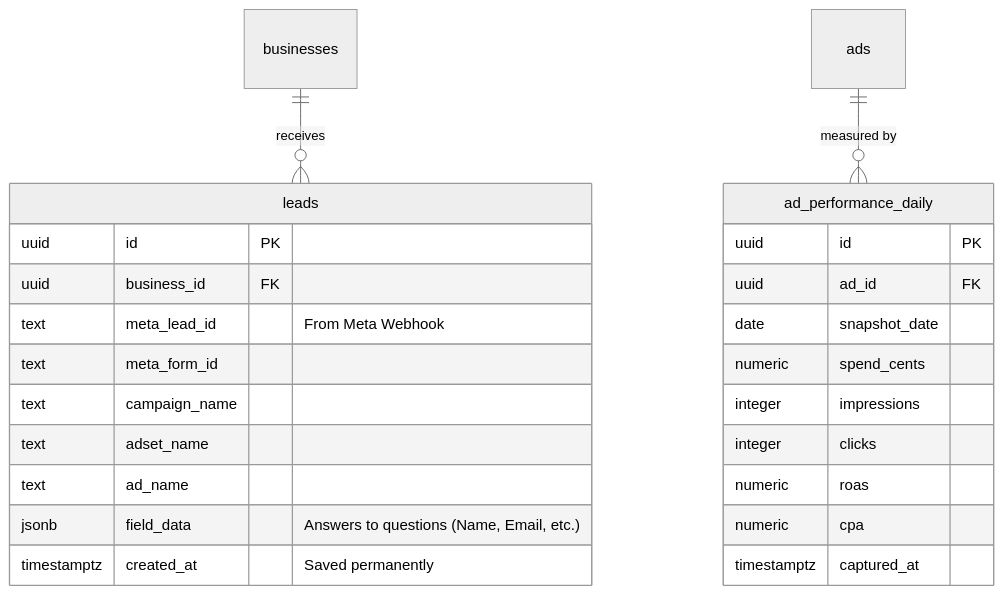
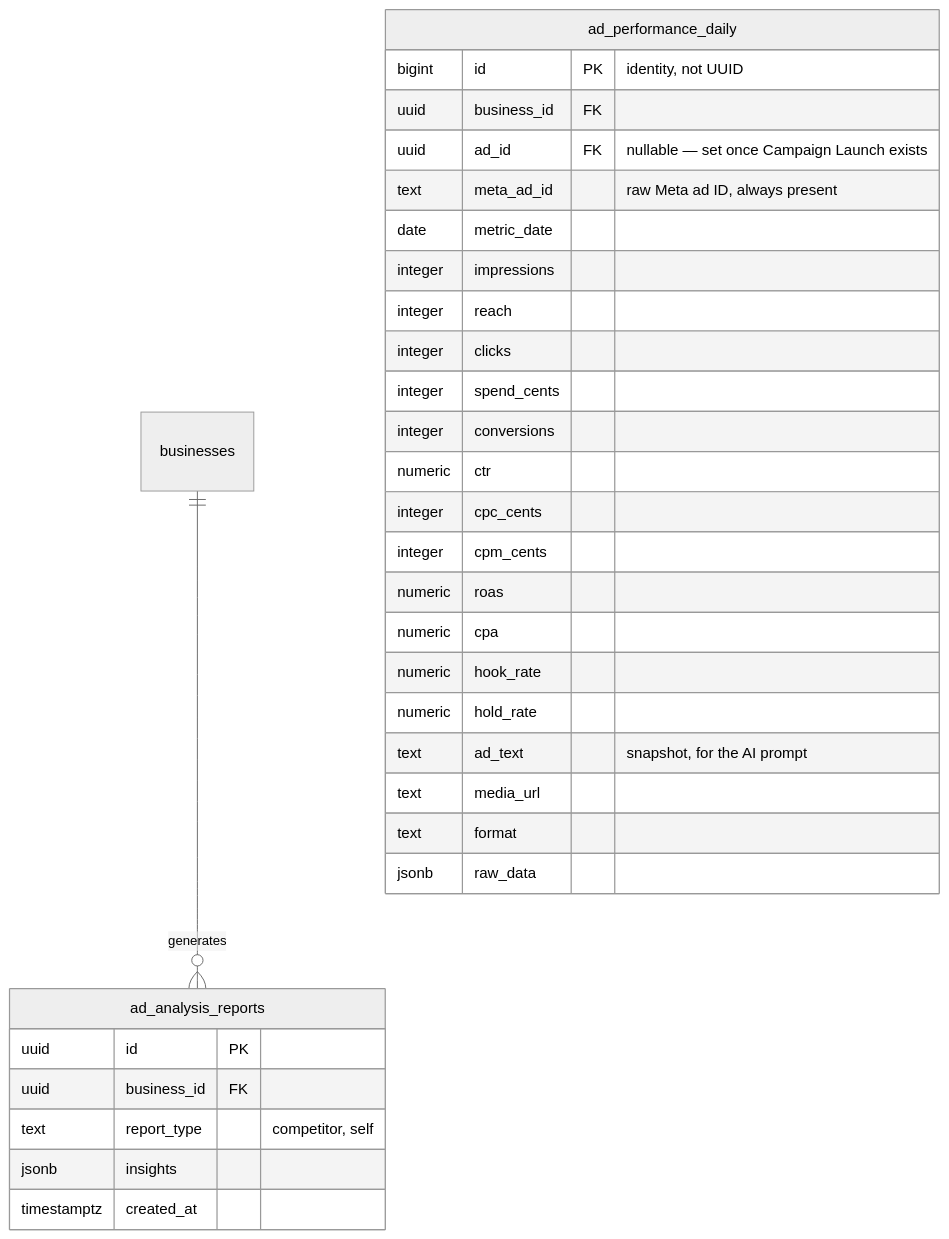
One commit to Aumatic-AI/Kinetix changed the fifth of 7 diagrams in docs/architecture/database_schema.md. Above: the diagram before and after it, drawn with Mermaid (neutral theme). The commit also changed other lines of this file and 124 other files, not shown here.

````diff
--- a/docs/architecture/database_schema.md
+++ b/docs/architecture/database_schema.md
@@ -233,29 +217,36 @@
 ```mermaid
 erDiagram
-    businesses ||--o{ leads : "receives"
-    ads ||--o{ ad_performance_daily : "measured by"
+    businesses ||--o{ ad_analysis_reports : "generates"
 
-    leads {
+    ad_performance_daily {
+        bigint id PK "identity, not UUID"
+        uuid business_id FK
+        uuid ad_id FK "nullable — set once Campaign Launch exists"
+        text meta_ad_id "raw Meta ad ID, always present"
+        date metric_date
+        integer impressions
+        integer reach
+        integer clicks
+        integer spend_cents
+        integer conversions
+        numeric ctr
+        integer cpc_cents
+        integer cpm_cents
+        numeric roas
+        numeric cpa
+        numeric hook_rate
+        numeric hold_rate
+        text ad_text "snapshot, for the AI prompt"
+        text media_url
+        text format
+        jsonb raw_data
+    }
+
+    ad_analysis_reports {
         uuid id PK
         uuid business_id FK
-        text meta_lead_id "From Meta Webhook"
-        text meta_form_id
-        text campaign_name
-        text adset_name
-        text ad_name
-        jsonb field_data "Answers to questions (Name, Email, etc.)"
-        timestamptz created_at "Saved permanently"
-    }
-
-    ad_performance_daily {
-        uuid id PK
-        uuid ad_id FK
-        date snapshot_date
-        numeric spend_cents
-        integer impressions
-        integer clicks
-        numeric roas
-        numeric cpa
-        timestamptz captured_at
+        text report_type "competitor, self"
+        jsonb insights
+        timestamptz created_at
     }
 ```
````
